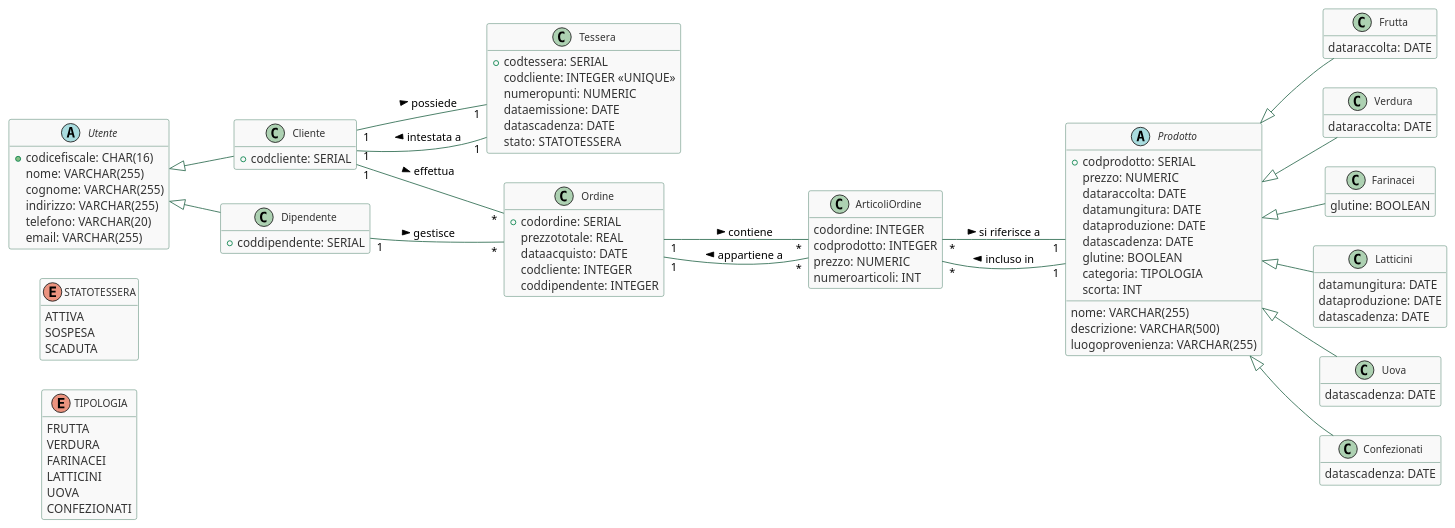
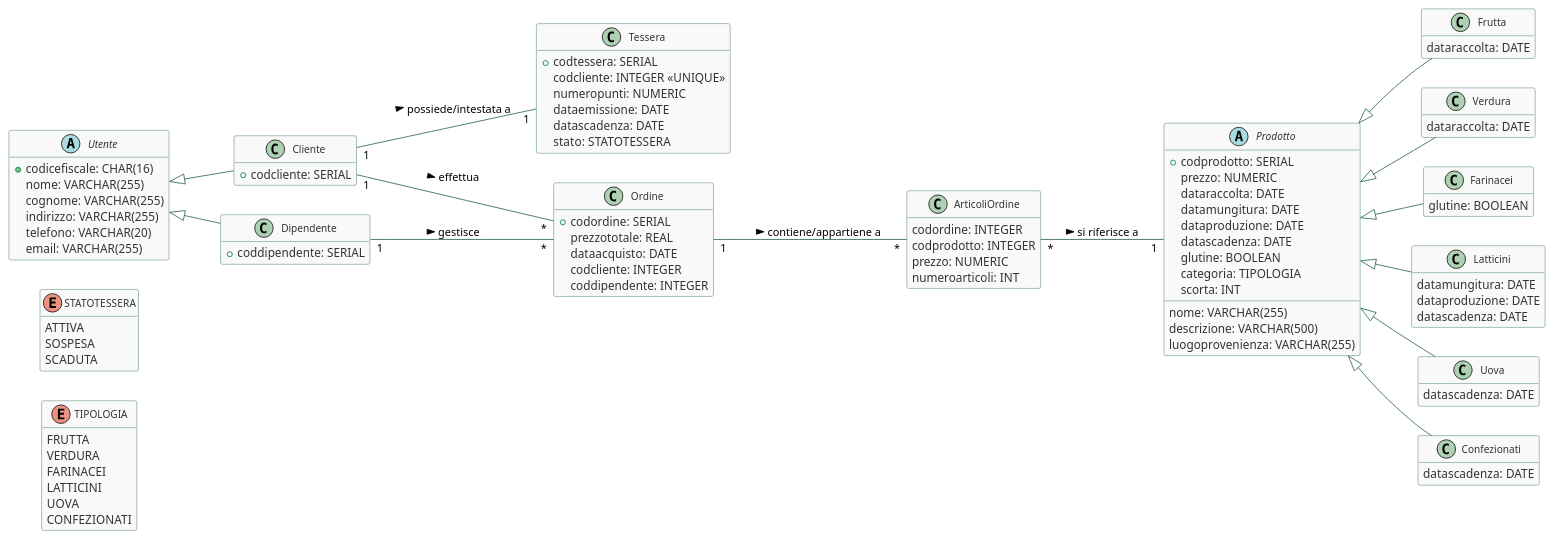
One commit to GinoPT97/UniDevPortfolio changed the diagram in Progetto-DB/Diagram/Diagram-NonRistrutturato.puml. Above: the diagram before and after it, drawn with PlantUML.

Commit message:
refactor: migliora la chiarezza delle relazioni nel diagramma ristrutturato

```diff
--- a/Progetto-DB/Diagram/Diagram-NonRistrutturato.puml
+++ b/Progetto-DB/Diagram/Diagram-NonRistrutturato.puml
@@ -1,122 +1,119 @@
 @startuml DiagramNonRistrutturato
 skinparam class {
     BackgroundColor #F9F9F9
     ArrowColor #2D6A4F
   BorderColor #2D6A4F
   FontName "Segoe UI"
   FontSize 12
     AttributeFontColor #333333
     StereotypeFontColor #2D6A4F
     StereotypeFontSize 11
 }
 hide empty members
 
 ' Layout ordinato con posizionamento esplicito
 left to right direction
 
 enum TIPOLOGIA {
   FRUTTA
   VERDURA
   FARINACEI
   LATTICINI
   UOVA
   CONFEZIONATI
 }
 enum STATOTESSERA {
   ATTIVA
   SOSPESA
   SCADUTA
 }
 
 abstract class Utente {
   +codicefiscale: CHAR(16)
   nome: VARCHAR(255)
   cognome: VARCHAR(255)
   indirizzo: VARCHAR(255)
   telefono: VARCHAR(20)
   email: VARCHAR(255)
 }
 class Cliente {
   +codcliente: SERIAL
 }
 class Dipendente {
   +coddipendente: SERIAL
 }
 Utente <|-- Cliente
 Utente <|-- Dipendente
 
 class Tessera {
   +codtessera: SERIAL
   codcliente: INTEGER <<UNIQUE>>
   numeropunti: NUMERIC
   dataemissione: DATE
   datascadenza: DATE
   stato: STATOTESSERA
 }
 
 class Ordine {
   +codordine: SERIAL
   prezzototale: REAL
   dataacquisto: DATE
   codcliente: INTEGER
   coddipendente: INTEGER
 }
 class ArticoliOrdine {
   codordine: INTEGER
   codprodotto: INTEGER
   prezzo: NUMERIC
   numeroarticoli: INT
 }
 
 abstract class Prodotto {
   +codprodotto: SERIAL
   nome: VARCHAR(255)
   descrizione: VARCHAR(500)
   prezzo: NUMERIC
   luogoprovenienza: VARCHAR(255)
   dataraccolta: DATE
   datamungitura: DATE
   dataproduzione: DATE
   datascadenza: DATE
   glutine: BOOLEAN
   categoria: TIPOLOGIA
   scorta: INT
 }
 class Frutta {
   dataraccolta: DATE
 }
 class Verdura {
   dataraccolta: DATE
 }
 class Farinacei {
   glutine: BOOLEAN
 }
 class Latticini {
   datamungitura: DATE
   dataproduzione: DATE
   datascadenza: DATE
 }
 class Uova {
   datascadenza: DATE
 }
 class Confezionati {
   datascadenza: DATE
 }
 Prodotto <|-- Frutta
 Prodotto <|-- Verdura
 Prodotto <|-- Farinacei
 Prodotto <|-- Latticini
 Prodotto <|-- Uova
 Prodotto <|-- Confezionati
 
 ' Relazioni tra le classi con etichette e ruoli
-Cliente "1" -- "1" Tessera : possiede >
+Cliente "1" -- "1" Tessera : possiede/intestata a >
 Cliente "1" -- "*" Ordine : effettua >
 Dipendente "1" -- "*" Ordine : gestisce >
-Ordine "1" -- "*" ArticoliOrdine : contiene >
-Prodotto "1" -- "*" ArticoliOrdine : incluso in >
-ArticoliOrdine "*" -- "1" Ordine : appartiene a >
+Ordine "1" -- "*" ArticoliOrdine : contiene/appartiene a >
 ArticoliOrdine "*" -- "1" Prodotto : si riferisce a >
-Tessera "1" -- "1" Cliente : intestata a >
 
 @enduml
```
